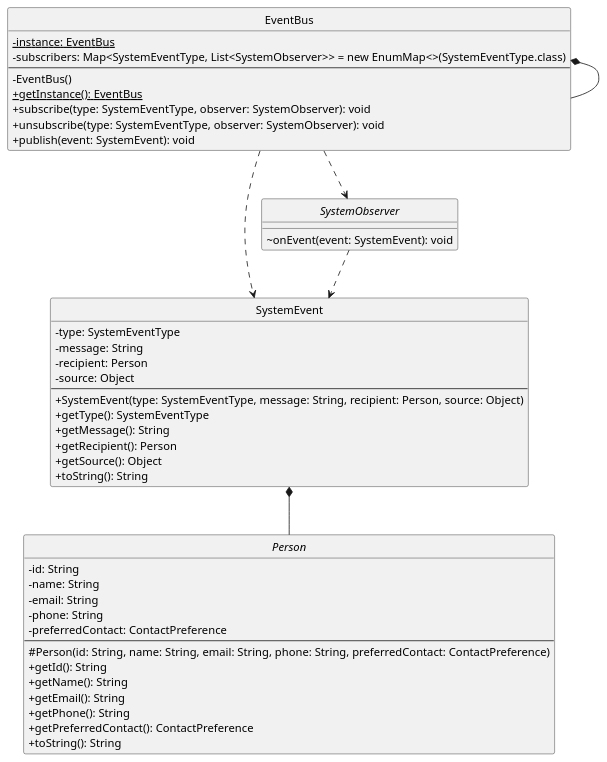
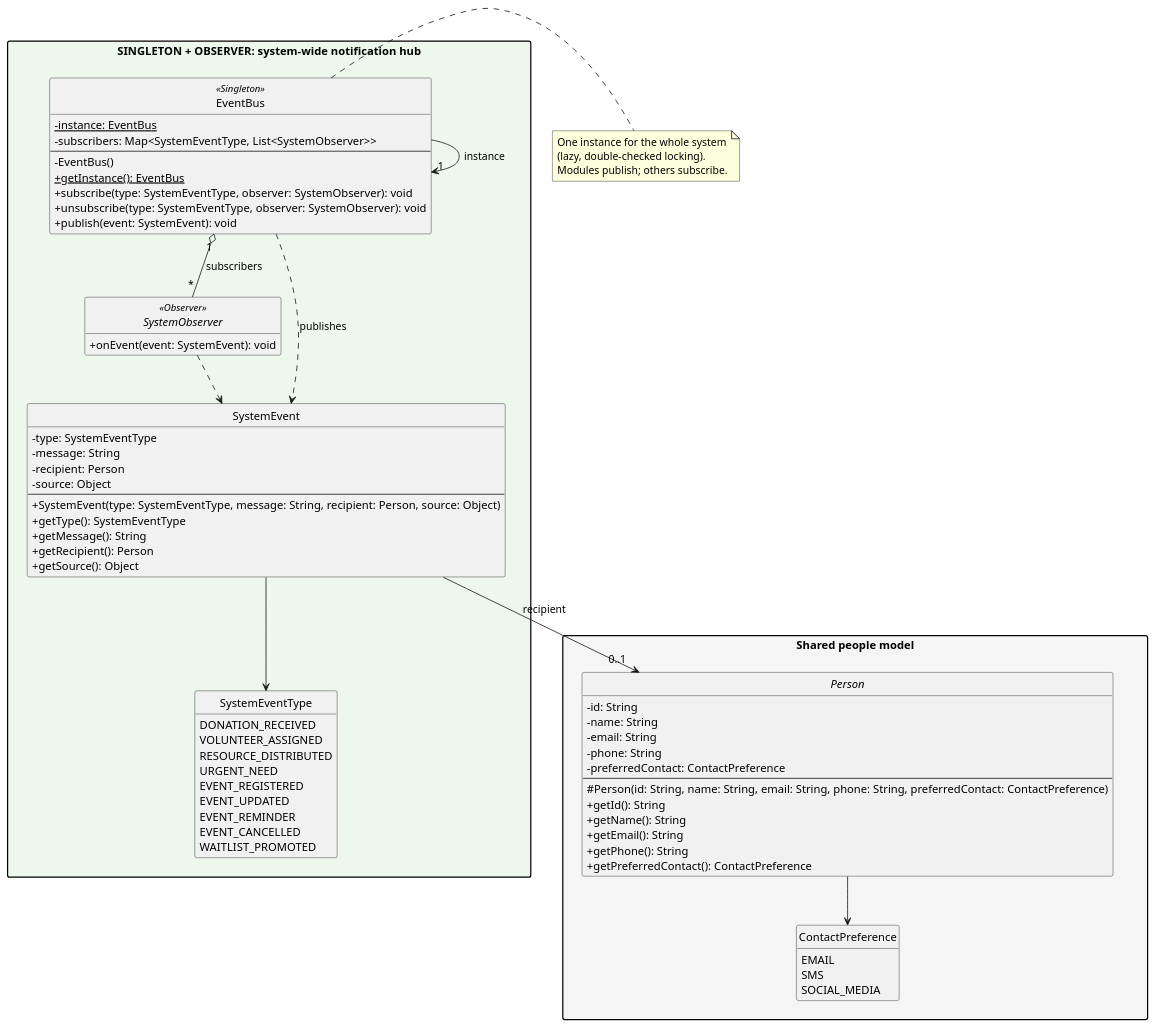
The diagram in output/core.puml (Michael-Maged/Design-Patterns), drawn with PlantUML before and after one commit. The commit also changed other lines of this file and 4 other files, not shown here.

Commit message:
puml class diagrams

```diff
--- a/output/core.puml
+++ b/output/core.puml
@@ -6,55 +6,90 @@
-@startuml
+@startuml core
+' Shared core (Student 6): class diagram organised by design pattern.
+' Based on the UML generator's output, regrouped by hand; regenerating will overwrite it.
 skinparam classAttributeIconSize 0
+skinparam packageStyle rectangle
 hide circle
+hide empty members
+top to bottom direction
 
-class EventBus {
-  -{static} instance: EventBus
-  -subscribers: Map<SystemEventType, List<SystemObserver>> = new EnumMap<>(SystemEventType.class)
-  --
-  -EventBus()
-  +{static} getInstance(): EventBus
-  +subscribe(type: SystemEventType, observer: SystemObserver): void
-  +unsubscribe(type: SystemEventType, observer: SystemObserver): void
-  +publish(event: SystemEvent): void
+package "SINGLETON + OBSERVER: system-wide notification hub" as hub #EEF7EE {
+  class EventBus <<Singleton>> {
+    -{static} instance: EventBus
+    -subscribers: Map<SystemEventType, List<SystemObserver>>
+    --
+    -EventBus()
+    +{static} getInstance(): EventBus
+    +subscribe(type: SystemEventType, observer: SystemObserver): void
+    +unsubscribe(type: SystemEventType, observer: SystemObserver): void
+    +publish(event: SystemEvent): void
+  }
+
+  interface SystemObserver <<Observer>> {
+    +onEvent(event: SystemEvent): void
+  }
+
+  class SystemEvent {
+    -type: SystemEventType
+    -message: String
+    -recipient: Person
+    -source: Object
+    --
+    +SystemEvent(type: SystemEventType, message: String, recipient: Person, source: Object)
+    +getType(): SystemEventType
+    +getMessage(): String
+    +getRecipient(): Person
+    +getSource(): Object
+  }
+
+  enum SystemEventType {
+    DONATION_RECEIVED
+    VOLUNTEER_ASSIGNED
+    RESOURCE_DISTRIBUTED
+    URGENT_NEED
+    EVENT_REGISTERED
+    EVENT_UPDATED
+    EVENT_REMINDER
+    EVENT_CANCELLED
+    WAITLIST_PROMOTED
+  }
 }
 
-abstract class Person {
-  -id: String
-  -name: String
-  -email: String
-  -phone: String
-  -preferredContact: ContactPreference
-  --
-  #Person(id: String, name: String, email: String, phone: String, preferredContact: ContactPreference)
-  +getId(): String
-  +getName(): String
-  +getEmail(): String
-  +getPhone(): String
-  +getPreferredContact(): ContactPreference
-  +toString(): String
+package "Shared people model" as people #F5F5F5 {
+  abstract class Person {
+    -id: String
+    -name: String
+    -email: String
+    -phone: String
+    -preferredContact: ContactPreference
+    --
+    #Person(id: String, name: String, email: String, phone: String, preferredContact: ContactPreference)
+    +getId(): String
+    +getName(): String
+    +getEmail(): String
+    +getPhone(): String
+    +getPreferredContact(): ContactPreference
+  }
+
+  enum ContactPreference {
+    EMAIL
+    SMS
+    SOCIAL_MEDIA
+  }
 }
 
-class SystemEvent {
-  -type: SystemEventType
-  -message: String
-  -recipient: Person
-  -source: Object
-  --
-  +SystemEvent(type: SystemEventType, message: String, recipient: Person, source: Object)
-  +getType(): SystemEventType
-  +getMessage(): String
-  +getRecipient(): Person
-  +getSource(): Object
-  +toString(): String
-}
+hub -[hidden]down- people
 
-interface SystemObserver {
-  ~onEvent(event: SystemEvent): void
-}
+EventBus --> "1" EventBus : instance
+EventBus "1" o-- "*" SystemObserver : subscribers
+EventBus ..> SystemEvent : publishes
+SystemObserver ..> SystemEvent
+SystemEvent --> SystemEventType
+SystemEvent --> "0..1" Person : recipient
+Person --> ContactPreference
 
-EventBus *-- EventBus
-EventBus ..> SystemObserver
-EventBus ..> SystemEvent
-SystemEvent *-- Person
-SystemObserver ..> SystemEvent
+note right of EventBus
+  One instance for the whole system
+  (lazy, double-checked locking).
+  Modules publish; others subscribe.
+end note
 @enduml
```
